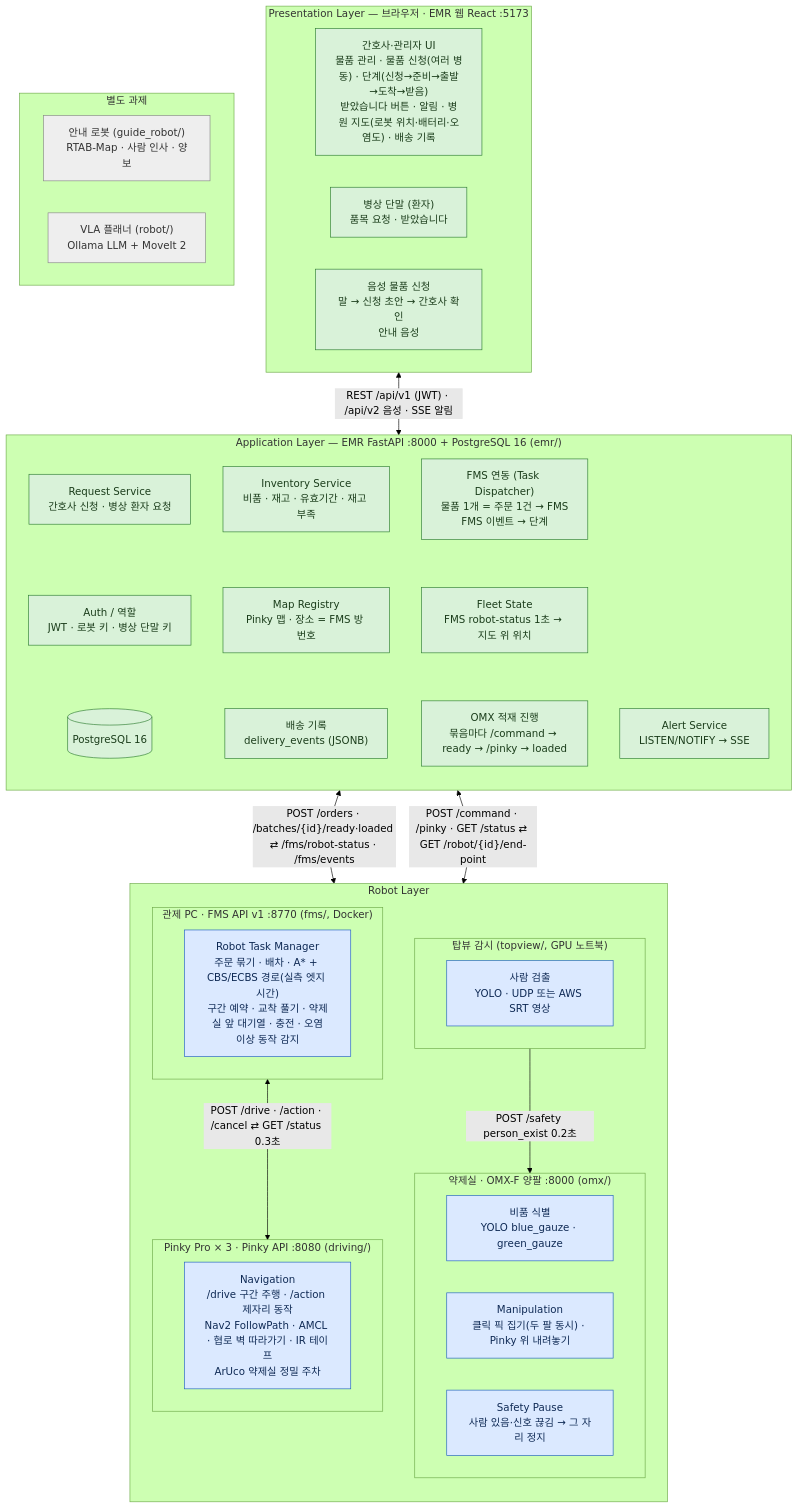
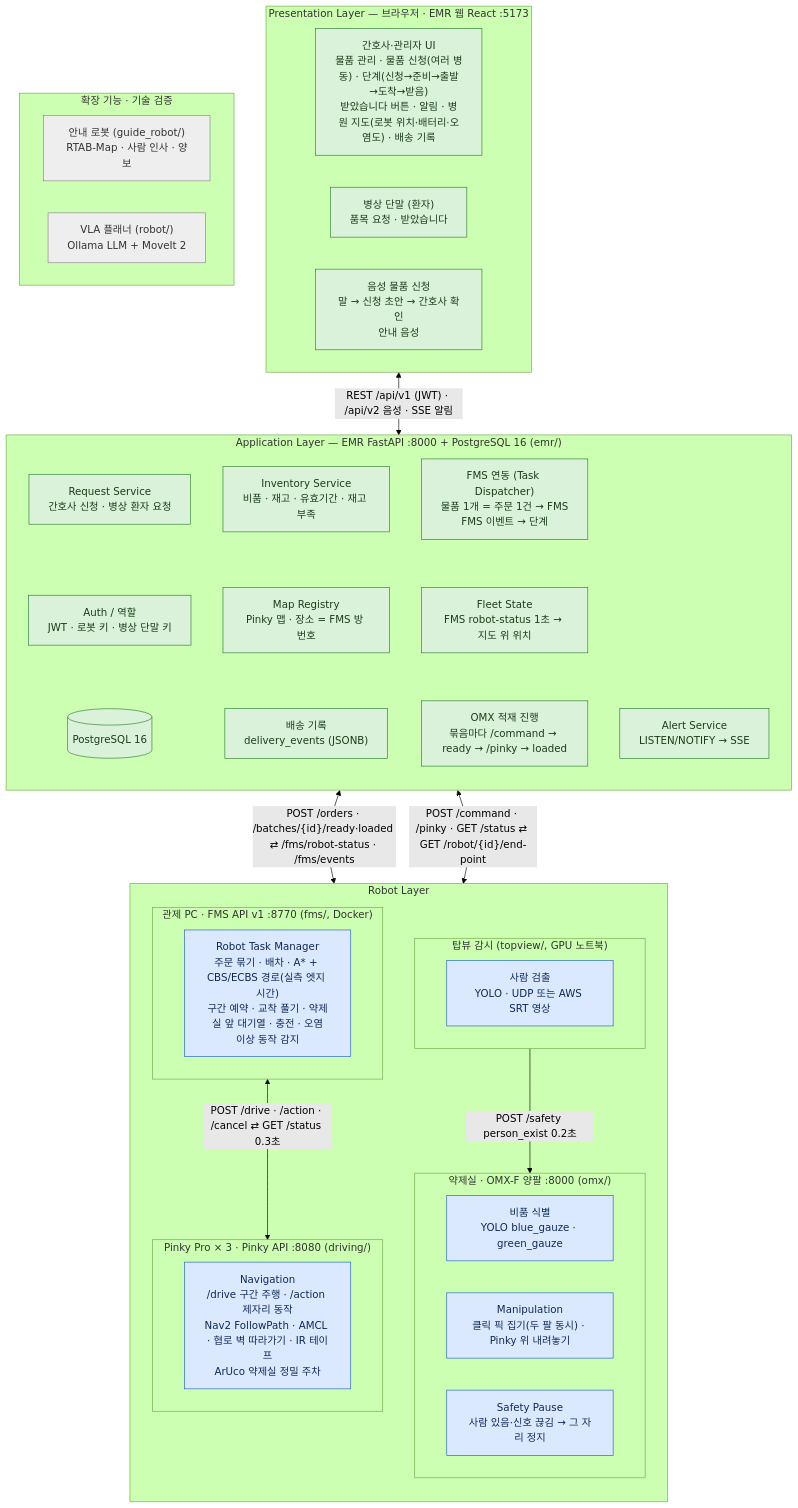
Before and after one commit to kernel-robot-9th/kernel-robot-repo-2: the diagram in docs/architecture/sw_3layer.mmd, drawn with Mermaid (forest theme). The commit also changed 3 other files, not shown here.

```diff
--- a/docs/architecture/sw_3layer.mmd
+++ b/docs/architecture/sw_3layer.mmd
@@ -1,66 +1,66 @@
 flowchart TB
   %% 병원 배송 로봇 SW 3계층 구조 — 최종판 (main 통합본, 2026-11-16)
   %% draw.io: Arrange > Insert > Advanced > Mermaid 에 붙여 넣기 / 또는 mermaid.live 에서 PNG 내보내기
-  %% 색: 초록 = EMR(웹 팀) / 파랑 = 로봇 팀(FMS·주행·OMX·topview) / 회색 = 별도 과제
+  %% 색: 초록 = EMR(웹 팀) / 파랑 = 로봇 팀(FMS·주행·OMX·topview) / 회색 = 확장 기능 · 기술 검증
   %% 10-29판(구현 상태 색 구분)은 docs/history/sw_3layer_2026-10-29.mmd
 
   subgraph P["Presentation Layer — 브라우저 · EMR 웹 React :5173"]
     direction LR
     UI["간호사·관리자 UI<br/>물품 관리 · 물품 신청(여러 병동) · 단계(신청→준비→출발→도착→받음)<br/>받았습니다 버튼 · 알림 · 병원 지도(로봇 위치·배터리·오염도) · 배송 기록"]:::emr
     BED["병상 단말 (환자)<br/>품목 요청 · 받았습니다"]:::emr
     VOI["음성 물품 신청<br/>말 → 신청 초안 → 간호사 확인<br/>안내 음성"]:::emr
   end
 
   subgraph A["Application Layer — EMR FastAPI :8000 + PostgreSQL 16 (emr/)"]
     direction TB
     REQ["Request Service<br/>간호사 신청 · 병상 환자 요청"]:::emr
     INV["Inventory Service<br/>비품 · 재고 · 유효기간 · 재고 부족"]:::emr
     DSP["FMS 연동 (Task Dispatcher)<br/>물품 1개 = 주문 1건 → FMS<br/>FMS 이벤트 → 단계"]:::emr
     FLT["Fleet State<br/>FMS robot-status 1초 → 지도 위 위치"]:::emr
     OMXC["OMX 적재 진행<br/>묶음마다 /command → ready → /pinky → loaded"]:::emr
     ALT["Alert Service<br/>LISTEN/NOTIFY → SSE"]:::emr
     AUTH["Auth / 역할<br/>JWT · 로봇 키 · 병상 단말 키"]:::emr
     LOG["배송 기록<br/>delivery_events (JSONB)"]:::emr
     MAP["Map Registry<br/>Pinky 맵 · 장소 = FMS 방 번호"]:::emr
     DB[("PostgreSQL 16")]:::emr
     REQ ~~~ AUTH ~~~ DB
     INV ~~~ MAP ~~~ LOG
     DSP ~~~ FLT ~~~ OMXC
   end
 
   subgraph R["Robot Layer"]
     direction TB
     subgraph RF["관제 PC · FMS API v1 :8770 (fms/, Docker)"]
       direction LR
       RTM["Robot Task Manager<br/>주문 묶기 · 배차 · A* + CBS/ECBS 경로(실측 엣지 시간)<br/>구간 예약 · 교착 풀기 · 약제실 앞 대기열 · 충전 · 오염<br/>이상 동작 감지"]:::robot
     end
     subgraph RP["Pinky Pro × 3 · Pinky API :8080 (driving/)"]
       direction LR
       NAV["Navigation<br/>/drive 구간 주행 · /action 제자리 동작<br/>Nav2 FollowPath · AMCL · 협로 벽 따라가기 · IR 테이프<br/>ArUco 약제실 정밀 주차"]:::robot
     end
     subgraph RO["약제실 · OMX-F 양팔 :8000 (omx/)"]
       direction LR
       VID["비품 식별<br/>YOLO blue_gauze · green_gauze"]:::robot
       MAN["Manipulation<br/>클릭 픽 집기(두 팔 동시) · Pinky 위 내려놓기"]:::robot
       SAF["Safety Pause<br/>사람 있음·신호 끊김 → 그 자리 정지"]:::robot
     end
     subgraph TV["탑뷰 감시 (topview/, GPU 노트북)"]
       PER["사람 검출<br/>YOLO · UDP 또는 AWS SRT 영상"]:::robot
     end
   end
 
-  subgraph X["별도 과제"]
+  subgraph X["확장 기능 · 기술 검증"]
     direction LR
     GD["안내 로봇 (guide_robot/)<br/>RTAB-Map · 사람 인사 · 양보"]:::side
     VLA["VLA 플래너 (robot/)<br/>Ollama LLM + MoveIt 2"]:::side
   end
 
   P <-->|"REST /api/v1 (JWT) · /api/v2 음성 · SSE 알림"| A
   A <-->|"POST /orders · /batches/{id}/ready·loaded ⇄ /fms/robot-status · /fms/events"| RF
   RF <-->|"POST /drive · /action · /cancel ⇄ GET /status 0.3초"| RP
   A <-->|"POST /command · /pinky · GET /status ⇄ GET /robot/{id}/end-point"| RO
   TV -->|"POST /safety person_exist 0.2초"| RO
 
   classDef emr fill:#d9f2d9,stroke:#2e7d32,color:#1b3d1b
   classDef robot fill:#dbe9ff,stroke:#1f5fbf,color:#0f2a55
   classDef side fill:#eeeeee,stroke:#888888,color:#333333
```
